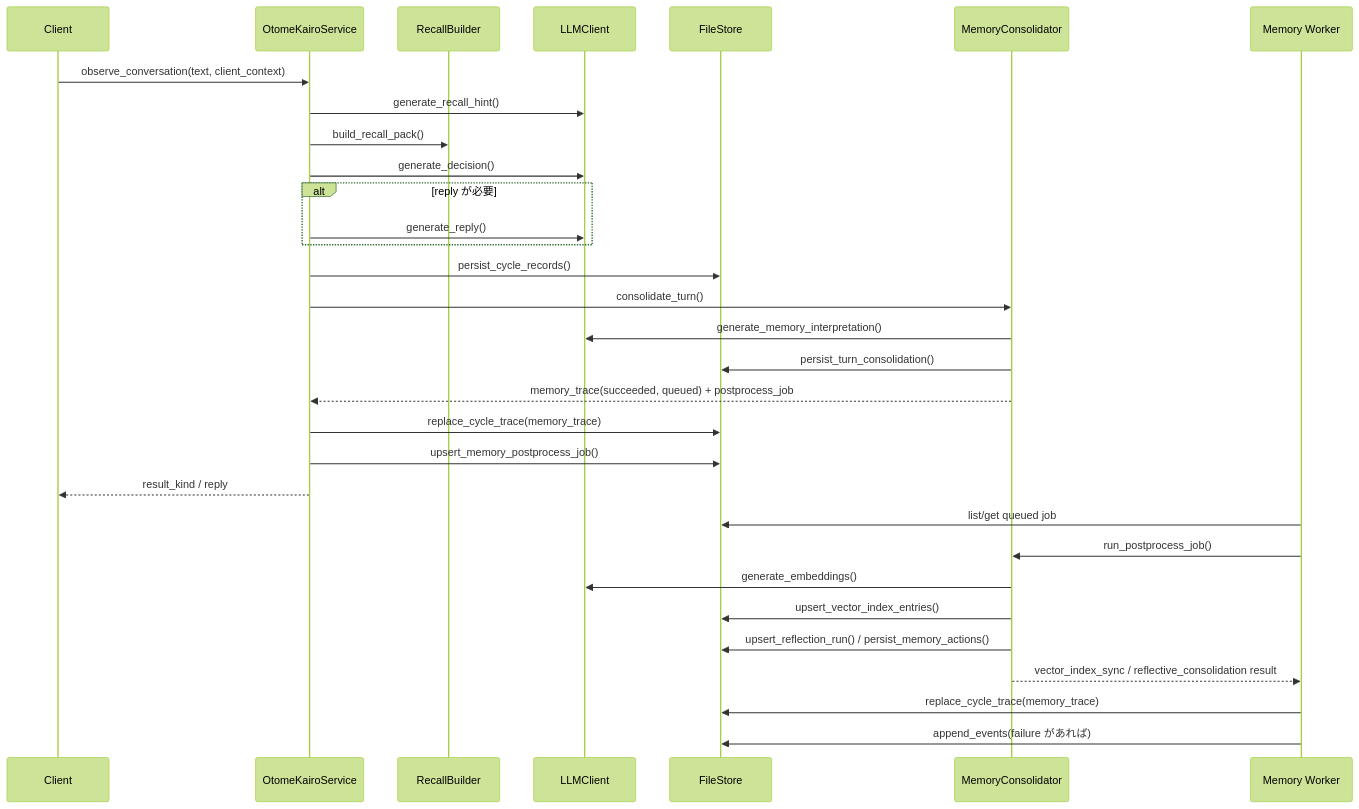
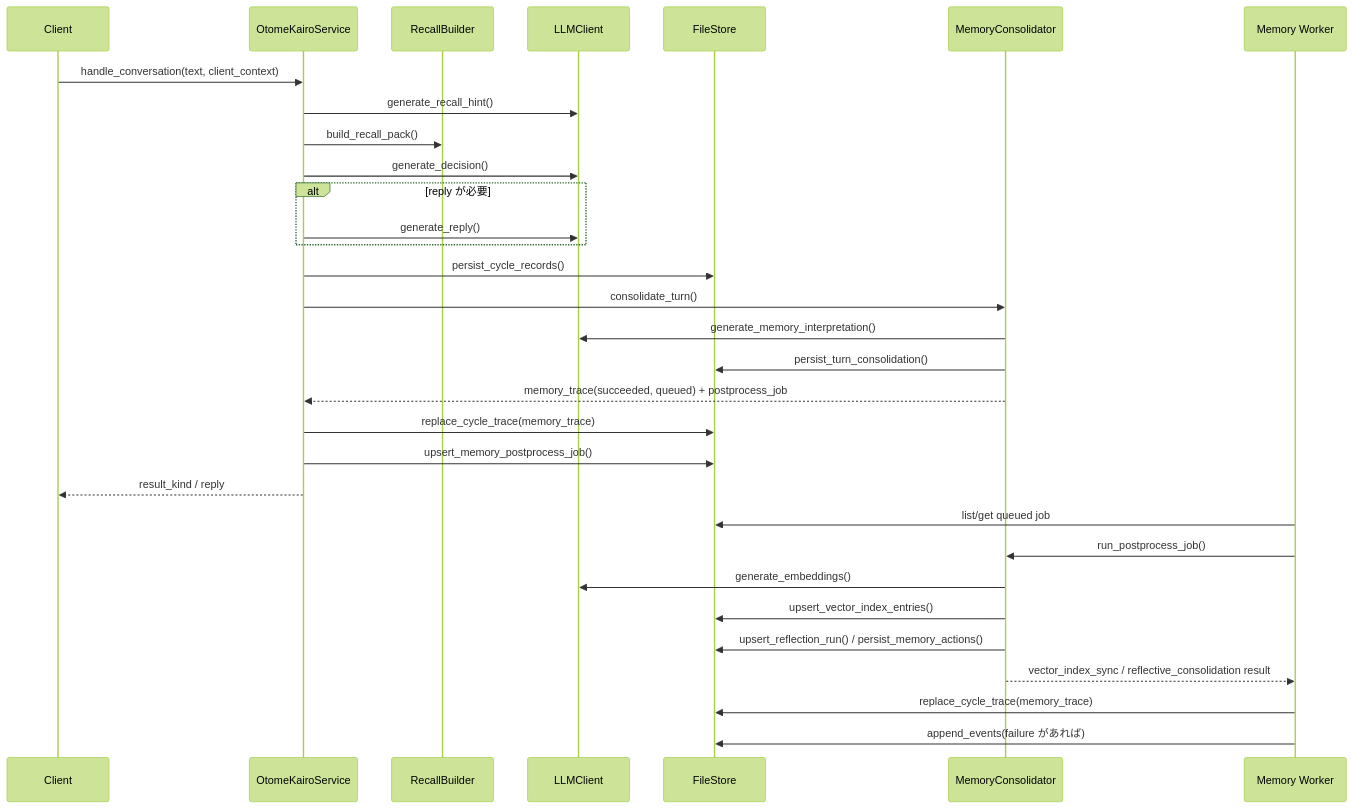
Before and after one commit to hirona98/OtomeKairo: the fourth of 4 diagrams in docs/plan/02_現行処理フロー.md, drawn with Mermaid (forest theme). The commit also changed other lines of this file and 36 other files, not shown here.

````diff
--- a/docs/plan/02_現行処理フロー.md
+++ b/docs/plan/02_現行処理フロー.md
@@ -215,35 +215,35 @@
 ```mermaid
 sequenceDiagram
     participant Client as Client
     participant Service as OtomeKairoService
     participant Recall as RecallBuilder
     participant LLM as LLMClient
     participant Store as FileStore
     participant Memory as MemoryConsolidator
     participant Worker as Memory Worker
 
-    Client->>Service: observe_conversation(text, client_context)
+    Client->>Service: handle_conversation(text, client_context)
     Service->>LLM: generate_recall_hint()
     Service->>Recall: build_recall_pack()
     Service->>LLM: generate_decision()
     alt reply が必要
         Service->>LLM: generate_reply()
     end
     Service->>Store: persist_cycle_records()
     Service->>Memory: consolidate_turn()
     Memory->>LLM: generate_memory_interpretation()
     Memory->>Store: persist_turn_consolidation()
     Memory-->>Service: memory_trace(succeeded, queued) + postprocess_job
     Service->>Store: replace_cycle_trace(memory_trace)
     Service->>Store: upsert_memory_postprocess_job()
     Service-->>Client: result_kind / reply
 
     Worker->>Store: list/get queued job
     Worker->>Memory: run_postprocess_job()
     Memory->>LLM: generate_embeddings()
     Memory->>Store: upsert_vector_index_entries()
     Memory->>Store: upsert_reflection_run() / persist_memory_actions()
     Memory-->>Worker: vector_index_sync / reflective_consolidation result
     Worker->>Store: replace_cycle_trace(memory_trace)
     Worker->>Store: append_events(failure があれば)
 ```
````
